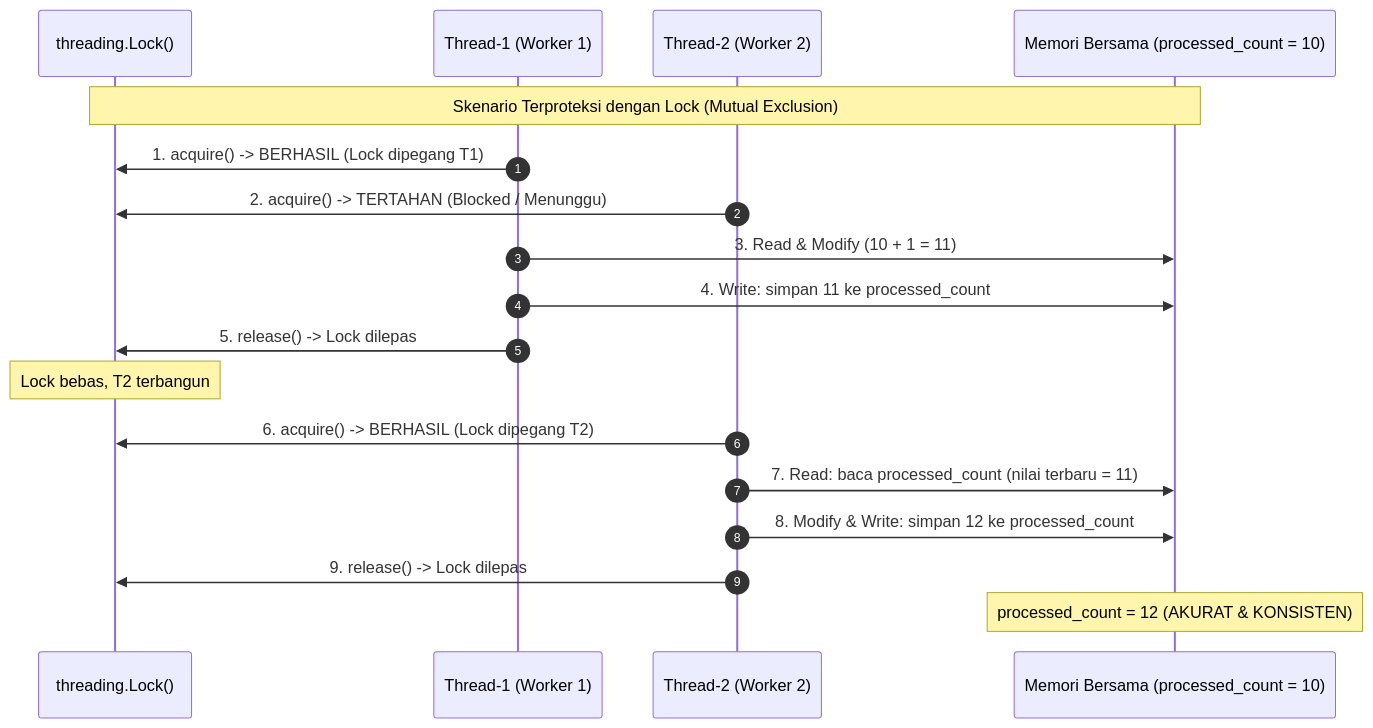
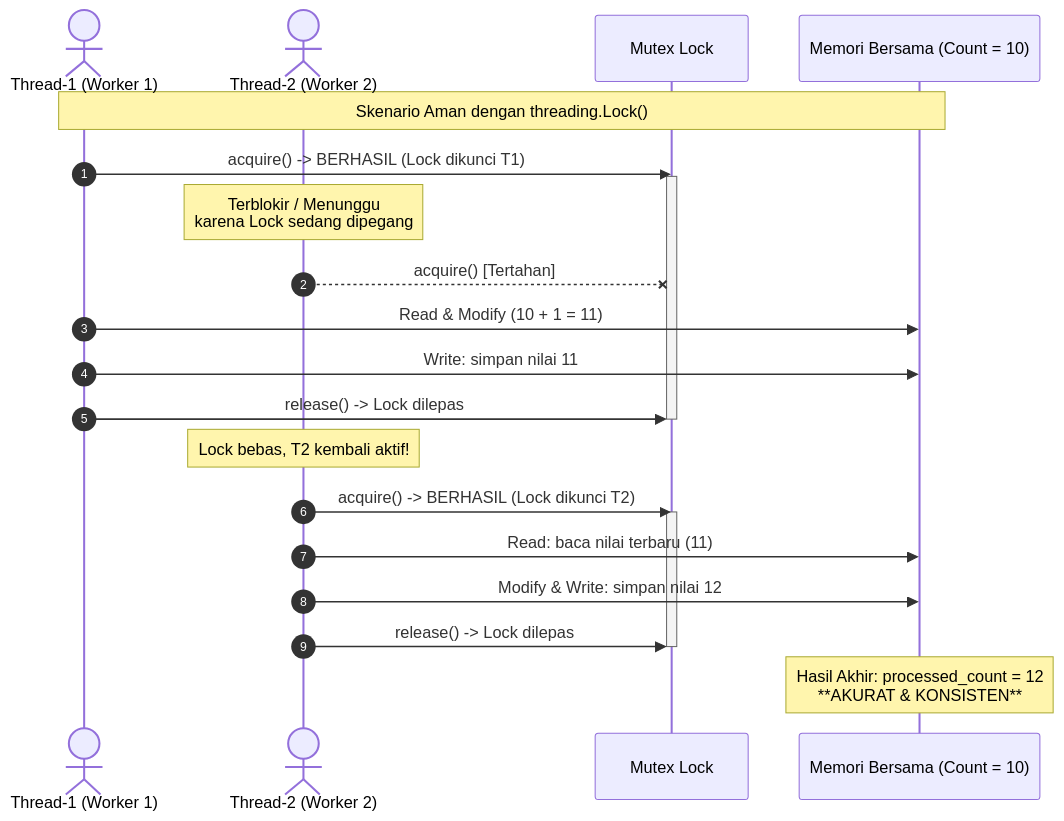
Before and after one commit to stefanusandr/komputasi-awan-dan-terdistribusi: the second of 2 diagrams in tugas-03-multithreading-container/ANALISIS-TEMPLATE.md, drawn with Mermaid. The commit also changed other lines of this file, not shown here.

````diff
--- a/tugas-03-multithreading-container/ANALISIS-TEMPLATE.md
+++ b/tugas-03-multithreading-container/ANALISIS-TEMPLATE.md
@@ -96,21 +102,36 @@
 ```mermaid
 sequenceDiagram
     autonumber
-    participant Lock as threading.Lock()
-    participant T1 as Thread-1 (Worker 1)
-    participant T2 as Thread-2 (Worker 2)
-    participant Memori as Memori Bersama (processed_count = 10)
+    
+    actor T1 as Thread-1 (Worker 1)
+    actor T2 as Thread-2 (Worker 2)
+    participant Lock as Mutex Lock
+    participant Memori as Memori Bersama (Count = 10)
 
-    Note over Lock, Memori: Skenario Terproteksi dengan Lock (Mutual Exclusion)
-    T1->>Lock: 1. acquire() -> BERHASIL (Lock dipegang T1)
-    T2->>Lock: 2. acquire() -> TERTAHAN (Blocked / Menunggu)
-    T1->>Memori: 3. Read & Modify (10 + 1 = 11)
-    T1->>Memori: 4. Write: simpan 11 ke processed_count
-    T1->>Lock: 5. release() -> Lock dilepas
-    Note over Lock: Lock bebas, T2 terbangun
-    T2->>Lock: 6. acquire() -> BERHASIL (Lock dipegang T2)
-    T2->>Memori: 7. Read: baca processed_count (nilai terbaru = 11)
-    T2->>Memori: 8. Modify & Write: simpan 12 ke processed_count
-    T2->>Lock: 9. release() -> Lock dilepas
-    Note over Memori: processed_count = 12 (AKURAT & KONSISTEN)
+    Note over T1, Memori: Skenario Aman dengan threading.Lock()
+
+    T1->>Lock: acquire() -> BERHASIL (Lock dikunci T1)
+    activate Lock
+    
+    Note over T2: Terblokir / Menunggu<br/>karena Lock sedang dipegang
+    T2--xLock: acquire() [Tertahan]
+
+    T1->>Memori: Read & Modify (10 + 1 = 11)
+    T1->>Memori: Write: simpan nilai 11
+    
+    T1->>Lock: release() -> Lock dilepas
+    deactivate Lock
+
+    Note over T2: Lock bebas, T2 kembali aktif!
+
+    T2->>Lock: acquire() -> BERHASIL (Lock dikunci T2)
+    activate Lock
+    
+    T2->>Memori: Read: baca nilai terbaru (11)
+    T2->>Memori: Modify & Write: simpan nilai 12
+    
+    T2->>Lock: release() -> Lock dilepas
+    deactivate Lock
+
+    Note over Memori: Hasil Akhir: processed_count = 12<br/> **AKURAT & KONSISTEN**
 ```
````
